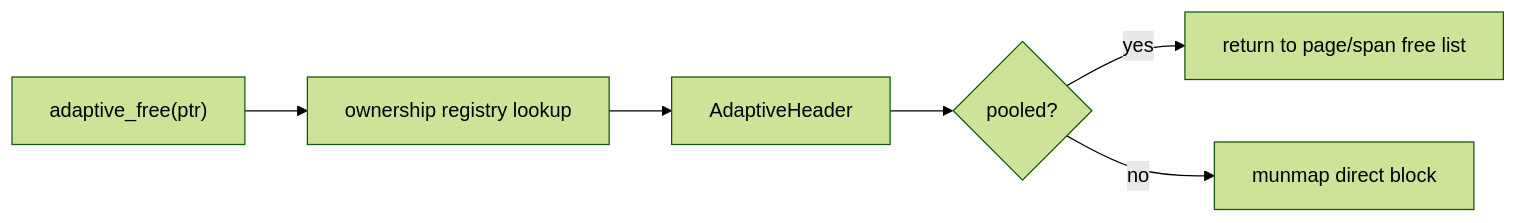
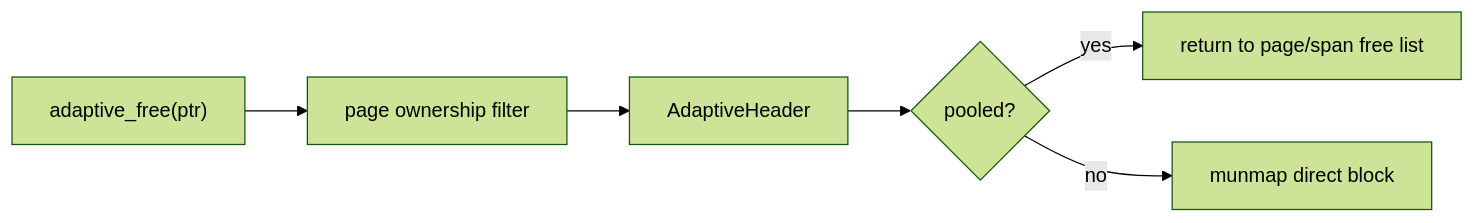
Before and after one commit to sdsasf/my_malloc: the second of 3 diagrams in docs/adaptive_allocator.md, drawn with Mermaid (forest theme). The commit also changed other lines of this file and 13 other files, not shown here.

````diff
--- a/docs/adaptive_allocator.md
+++ b/docs/adaptive_allocator.md
@@ -60,13 +62,13 @@
 ```mermaid
 flowchart LR
     Free["adaptive_free(ptr)"]
-    Lookup["ownership registry lookup"]
+    Lookup["page ownership filter"]
     Header["AdaptiveHeader"]
     Pooled{"pooled?"}
     Pool["return to page/span free list"]
     Mmap["munmap direct block"]
 
     Free --> Lookup --> Header --> Pooled
     Pooled -- yes --> Pool
     Pooled -- no --> Mmap
 ```
````
